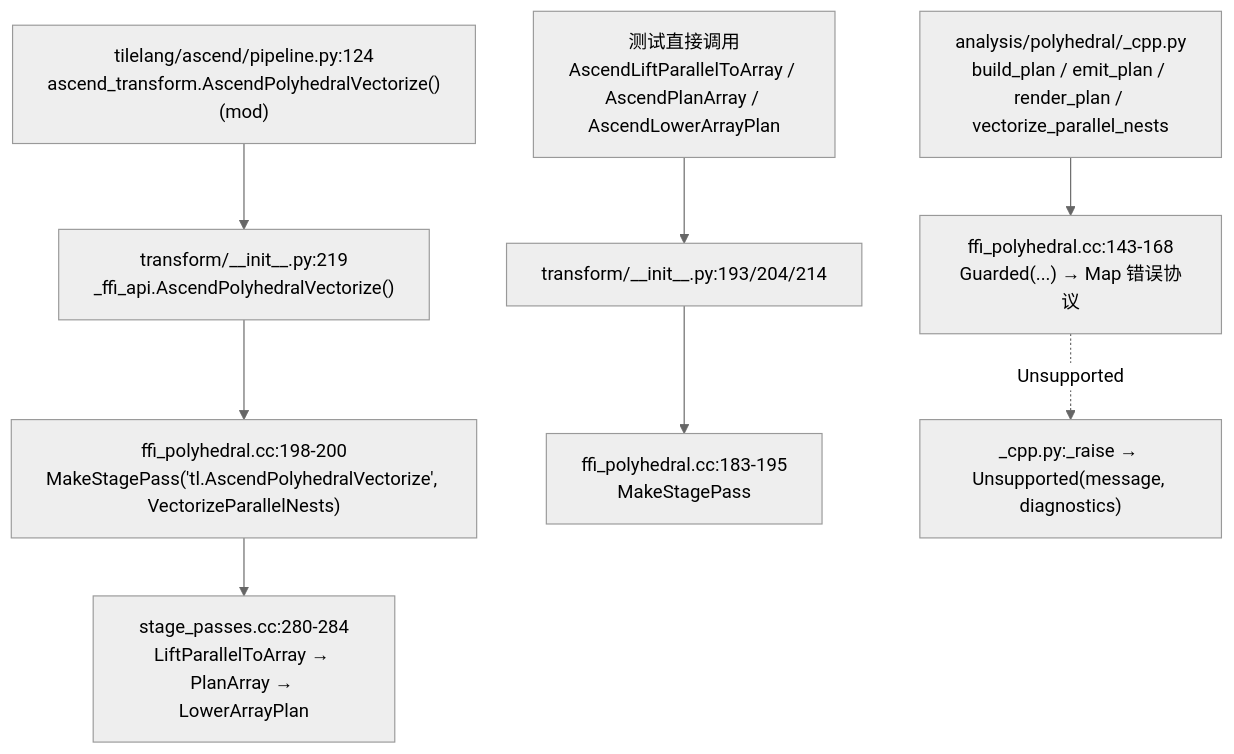
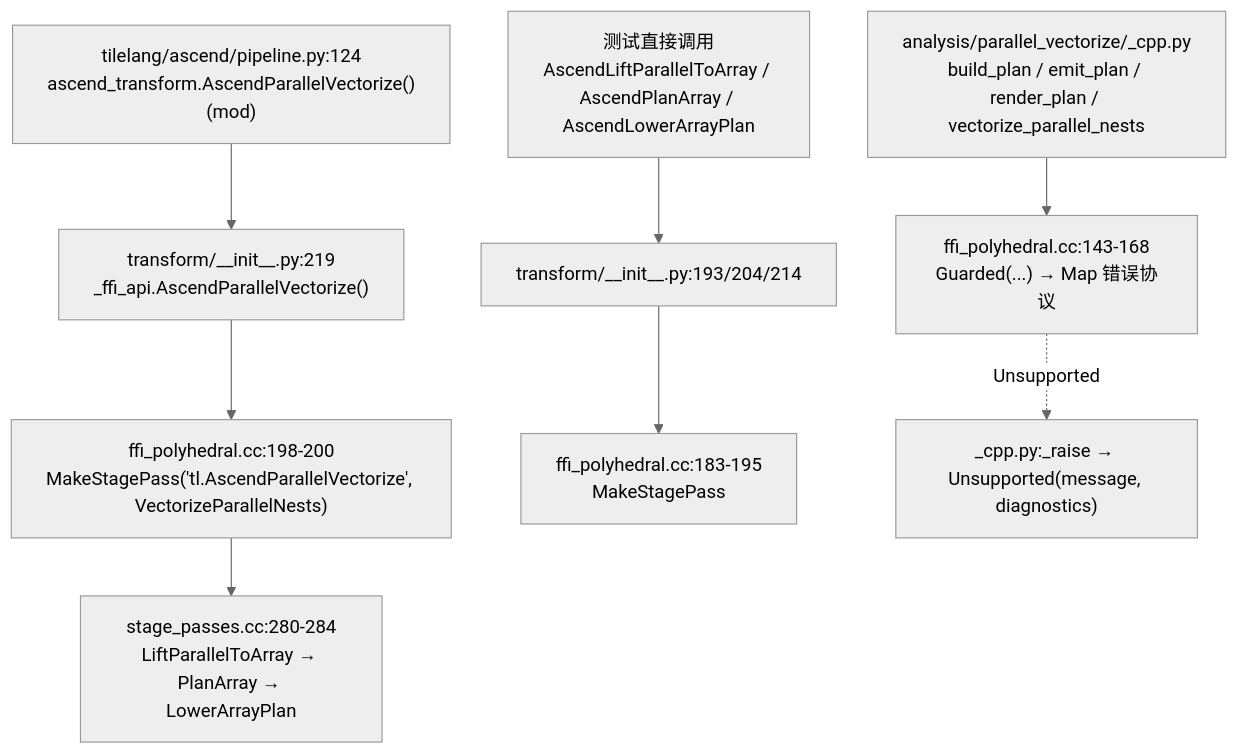
Before and after one commit to chenjiale1999/tilelang: diagram 18 of 18 in docs/compiler_internals/p2_p3_cpp_port_survey.md, drawn with Mermaid (neutral theme). The commit also changed other lines of this file and 65 other files, not shown here.

First line of the commit message:
refactor(ascend): rename polyhedral to parallel_vectorize and split tests

````diff
--- a/docs/compiler_internals/p2_p3_cpp_port_survey.md
+++ b/docs/compiler_internals/p2_p3_cpp_port_survey.md
@@ -803,10 +808,10 @@
 ```mermaid
 flowchart TD
-  A["tilelang/ascend/pipeline.py:124<br/>ascend_transform.AscendPolyhedralVectorize()(mod)"] --> B["transform/__init__.py:219<br/>_ffi_api.AscendPolyhedralVectorize()"]
-  B --> C["ffi_polyhedral.cc:198-200<br/>MakeStagePass('tl.AscendPolyhedralVectorize', VectorizeParallelNests)"]
+  A["tilelang/ascend/pipeline.py:124<br/>ascend_transform.AscendParallelVectorize()(mod)"] --> B["transform/__init__.py:219<br/>_ffi_api.AscendParallelVectorize()"]
+  B --> C["ffi_polyhedral.cc:198-200<br/>MakeStagePass('tl.AscendParallelVectorize', VectorizeParallelNests)"]
   C --> D["stage_passes.cc:280-284<br/>LiftParallelToArray → PlanArray → LowerArrayPlan"]
   E["测试直接调用<br/>AscendLiftParallelToArray / AscendPlanArray / AscendLowerArrayPlan"] --> F["transform/__init__.py:193/204/214"]
   F --> G["ffi_polyhedral.cc:183-195<br/>MakeStagePass"]
-  H["analysis/polyhedral/_cpp.py<br/>build_plan / emit_plan / render_plan / vectorize_parallel_nests"] --> I["ffi_polyhedral.cc:143-168<br/>Guarded(...) → Map 错误协议"]
+  H["analysis/parallel_vectorize/_cpp.py<br/>build_plan / emit_plan / render_plan / vectorize_parallel_nests"] --> I["ffi_polyhedral.cc:143-168<br/>Guarded(...) → Map 错误协议"]
   I -.->|"Unsupported"| J["_cpp.py:_raise → Unsupported(message, diagnostics)"]
 ```
````
